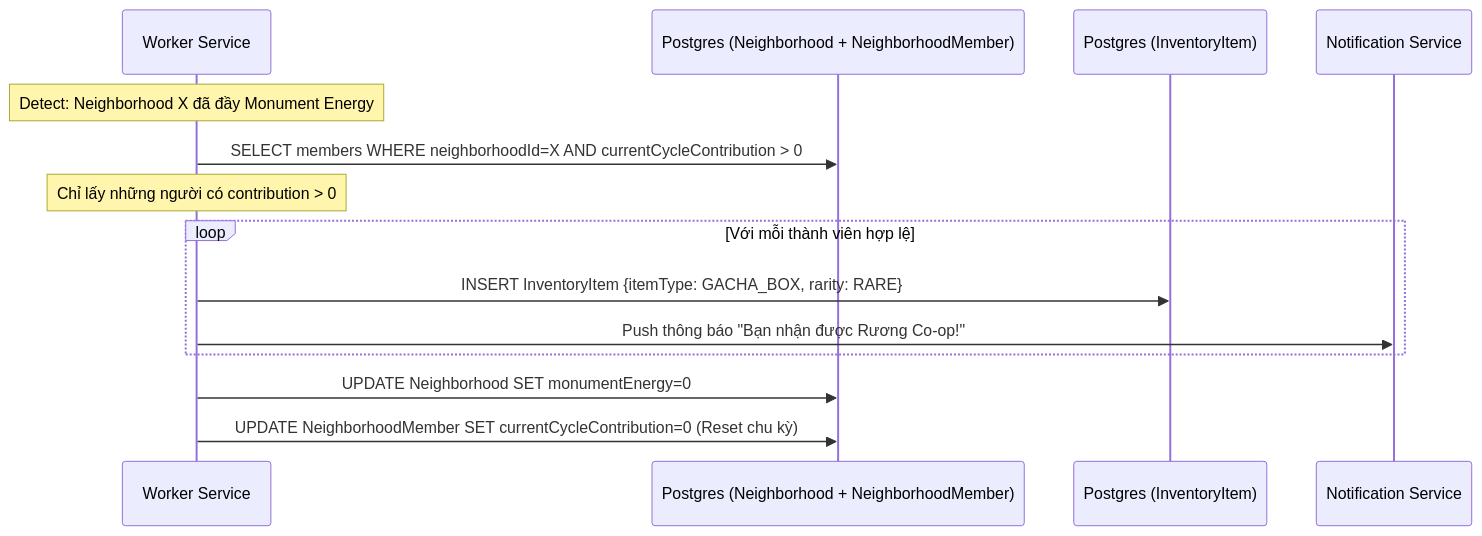
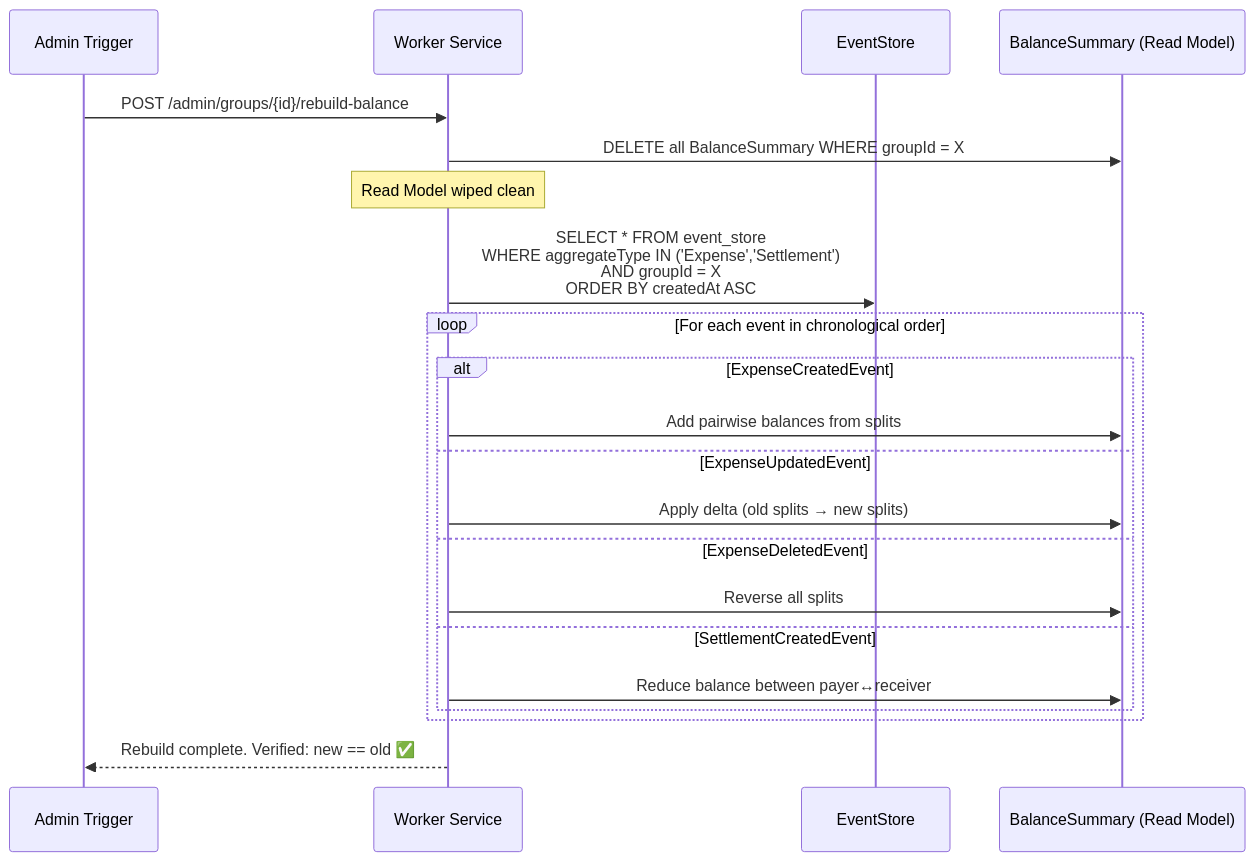
The seventh of 7 diagrams in docs/03_system_architecture_diagrams.md (minhle106cse/distributed-social-platform), drawn with Mermaid before and after one commit. The commit also changed other lines of this file and 35 other files, not shown here.

````diff
--- a/docs/03_system_architecture_diagrams.md
+++ b/docs/03_system_architecture_diagrams.md
@@ -242,19 +359,28 @@
 ```mermaid
 sequenceDiagram
+    participant Admin as Admin Trigger
     participant Worker as Worker Service
-    participant DB as Postgres (Neighborhood + NeighborhoodMember)
-    participant InvDB as Postgres (InventoryItem)
-    participant NotifSvc as Notification Service
+    participant ES as EventStore
+    participant RM as BalanceSummary (Read Model)
 
-    Note over Worker: Detect: Neighborhood X đã đầy Monument Energy
-    Worker->>DB: SELECT members WHERE neighborhoodId=X AND currentCycleContribution > 0
-    Note over Worker: Chỉ lấy những người có contribution > 0
+    Admin->>Worker: POST /admin/groups/{id}/rebuild-balance
 
-    loop Với mỗi thành viên hợp lệ
-        Worker->>InvDB: INSERT InventoryItem {itemType: GACHA_BOX, rarity: RARE}
-        Worker->>NotifSvc: Push thông báo "Bạn nhận được Rương Co-op!"
+    Worker->>RM: DELETE all BalanceSummary WHERE groupId = X
+    Note over Worker: Read Model wiped clean
+
+    Worker->>ES: SELECT * FROM event_store<br/>WHERE aggregateType IN ('Expense','Settlement')<br/>AND groupId = X<br/>ORDER BY createdAt ASC
+
+    loop For each event in chronological order
+        alt ExpenseCreatedEvent
+            Worker->>RM: Add pairwise balances from splits
+        else ExpenseUpdatedEvent
+            Worker->>RM: Apply delta (old splits → new splits)
+        else ExpenseDeletedEvent
+            Worker->>RM: Reverse all splits
+        else SettlementCreatedEvent
+            Worker->>RM: Reduce balance between payer↔receiver
+        end
     end
 
-    Worker->>DB: UPDATE Neighborhood SET monumentEnergy=0
-    Worker->>DB: UPDATE NeighborhoodMember SET currentCycleContribution=0 (Reset chu kỳ)
+    Worker-->>Admin: Rebuild complete. Verified: new == old ✅
 ```
````
